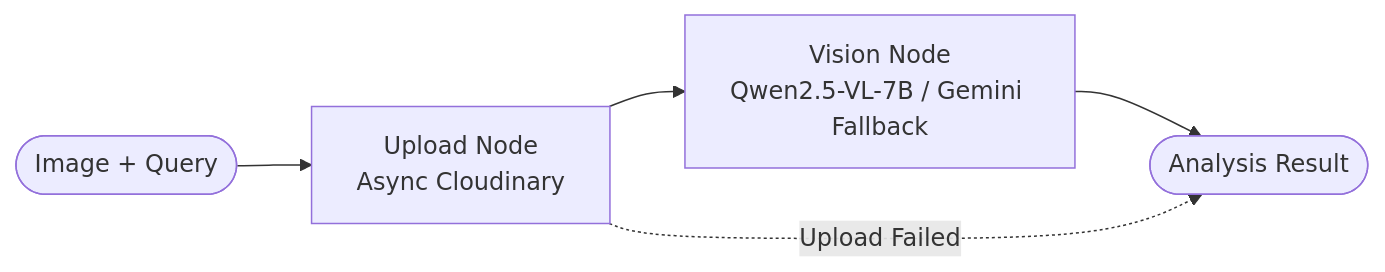
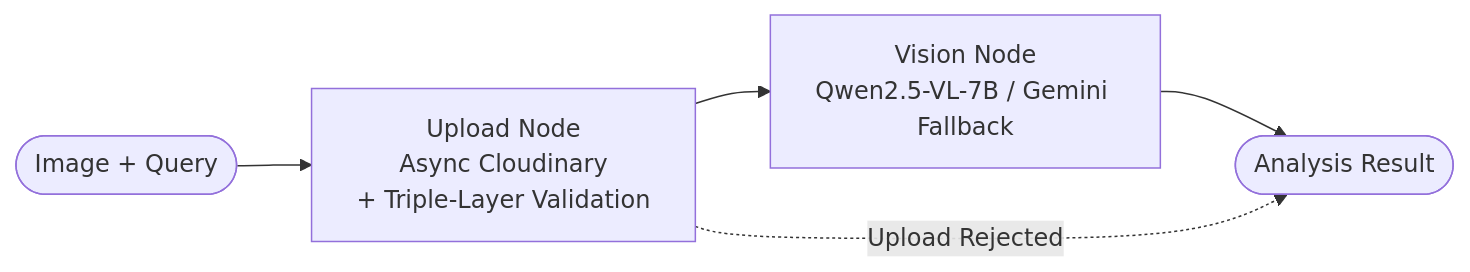
One commit to yousseifmustafa/Health-AI-Gateway-Medical-Inference-Engine changed the third of 5 diagrams in README.md. Above: the diagram before and after it, drawn with Mermaid. The commit also changed other lines of this file and 26 other files, not shown here.

````diff
--- a/README.md
+++ b/README.md
@@ -102,7 +101,7 @@
 ```mermaid
 flowchart LR
-    S(["Image + Query"]) --> UP["Upload Node\nAsync Cloudinary"]
+    S(["Image + Query"]) --> UP["Upload Node\nAsync Cloudinary\n+ Triple-Layer Validation"]
     UP --> VIS["Vision Node\nQwen2.5-VL-7B / Gemini Fallback"]
     VIS --> E(["Analysis Result"])
-    UP -.-> |"Upload Failed"| E
+    UP -.-> |"Upload Rejected"| E
 ```
````
